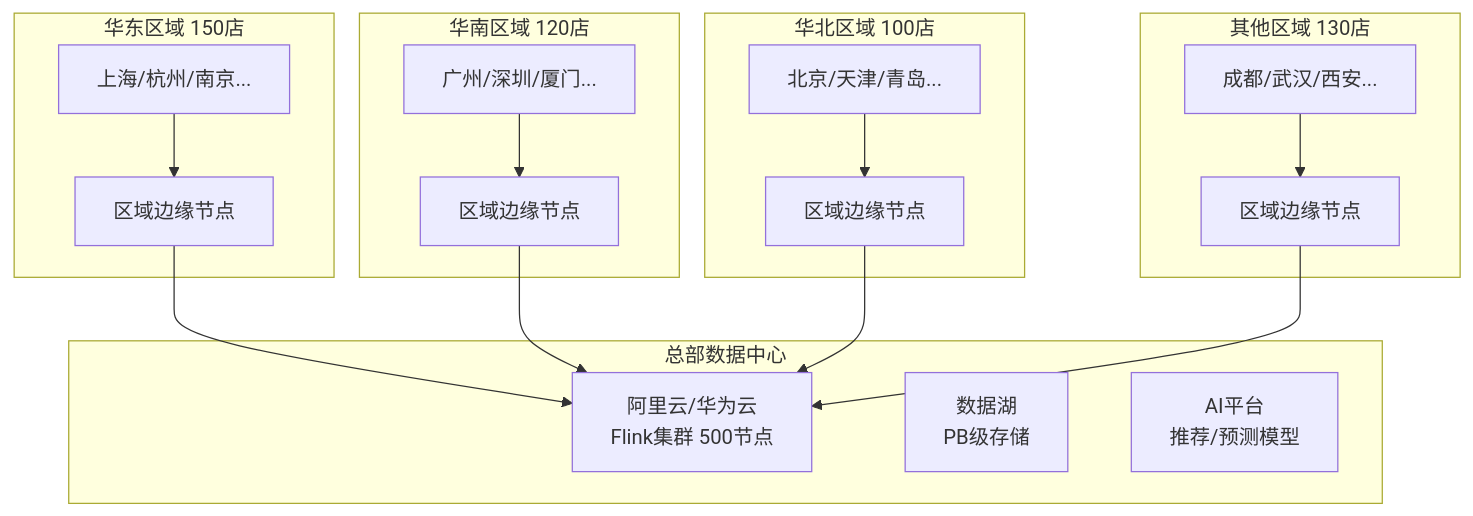
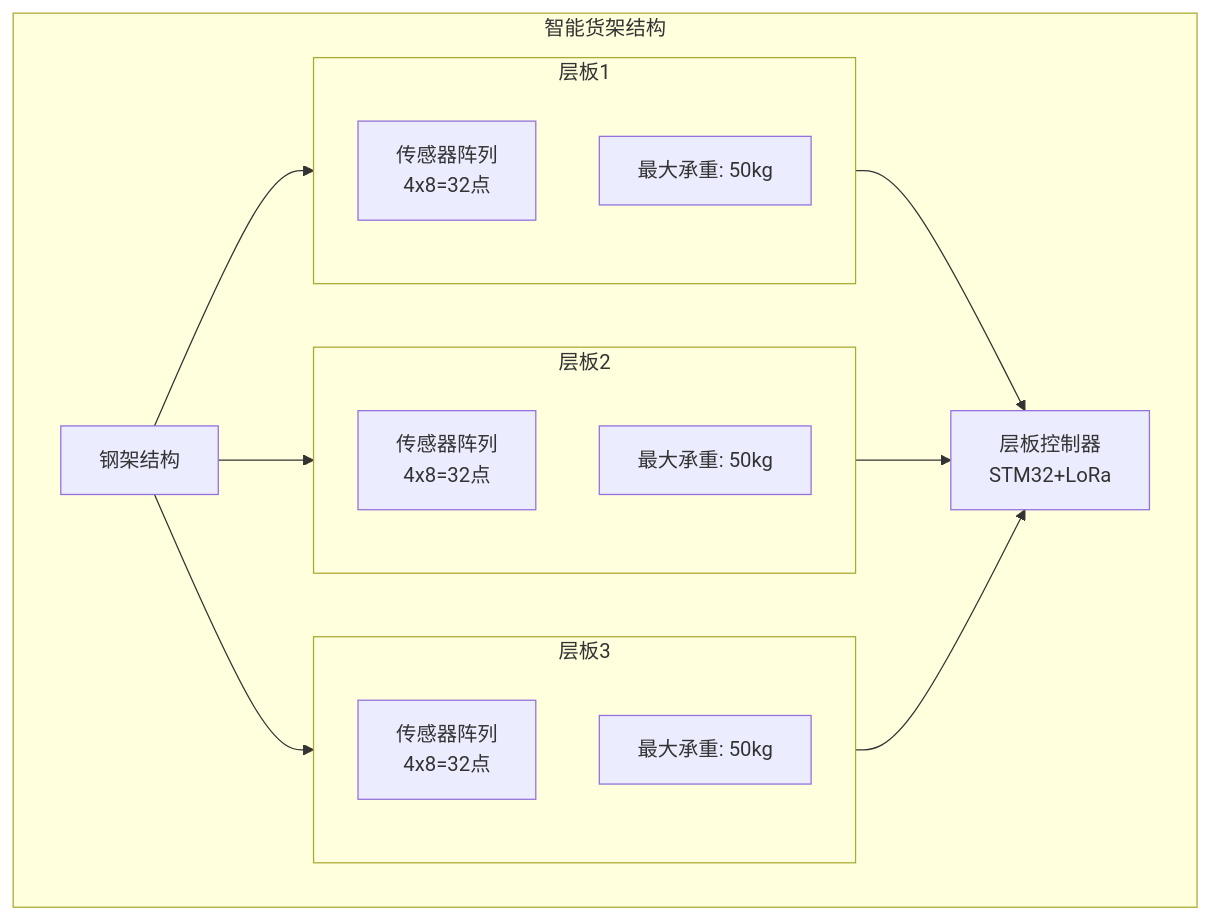
The fourth of 10 diagrams in Flink-IoT-Authority-Alignment/Phase-7-Smart-Retail/case-smart-retail-complete.md (AdaMartin18010/AnalysisDataFlow), drawn with Mermaid before and after one commit. The commit also changed other lines of this file and 8 other files, not shown here.

````diff
--- a/Flink-IoT-Authority-Alignment/Phase-7-Smart-Retail/case-smart-retail-complete.md
+++ b/Flink-IoT-Authority-Alignment/Phase-7-Smart-Retail/case-smart-retail-complete.md
@@ -28,38 +654,30 @@
 ```mermaid
 graph TB
-    subgraph HQ[总部数据中心]
-        Cloud[阿里云/华为云<br/>Flink集群 500节点]
-        DataLake[数据湖<br/>PB级存储]
-        AI[AI平台<br/>推荐/预测模型]
+    subgraph SmartShelf[智能货架结构]
+        FRAME[钢架结构]
+
+        subgraph LAYER1[层板1]
+            S1[传感器阵列<br/>4x8=32点]
+            L1LOAD[最大承重: 50kg]
+        end
+
+        subgraph LAYER2[层板2]
+            S2[传感器阵列<br/>4x8=32点]
+            L2LOAD[最大承重: 50kg]
+        end
+
+        subgraph LAYER3[层板3]
+            S3[传感器阵列<br/>4x8=32点]
+            L3LOAD[最大承重: 50kg]
+        end
+
+        CONTROLLER[层板控制器<br/>STM32+LoRa]
     end
 
-    subgraph Region1[华东区域 150店]
-        R1_Edge[区域边缘节点]
-        R1_Stores[上海/杭州/南京...]
-    end
-
-    subgraph Region2[华南区域 120店]
-        R2_Edge[区域边缘节点]
-        R2_Stores[广州/深圳/厦门...]
-    end
-
-    subgraph Region3[华北区域 100店]
-        R3_Edge[区域边缘节点]
-        R3_Stores[北京/天津/青岛...]
-    end
-
-    subgraph Region4[其他区域 130店]
-        R4_Edge[区域边缘节点]
-        R4_Stores[成都/武汉/西安...]
-    end
-
-    R1_Edge --> Cloud
-    R2_Edge --> Cloud
-    R3_Edge --> Cloud
-    R4_Edge --> Cloud
-
-    R1_Stores --> R1_Edge
-    R2_Stores --> R2_Edge
-    R3_Stores --> R3_Edge
-    R4_Stores --> R4_Edge
+    FRAME --> LAYER1
+    FRAME --> LAYER2
+    FRAME --> LAYER3
+    LAYER1 --> CONTROLLER
+    LAYER2 --> CONTROLLER
+    LAYER3 --> CONTROLLER
 ```
````
